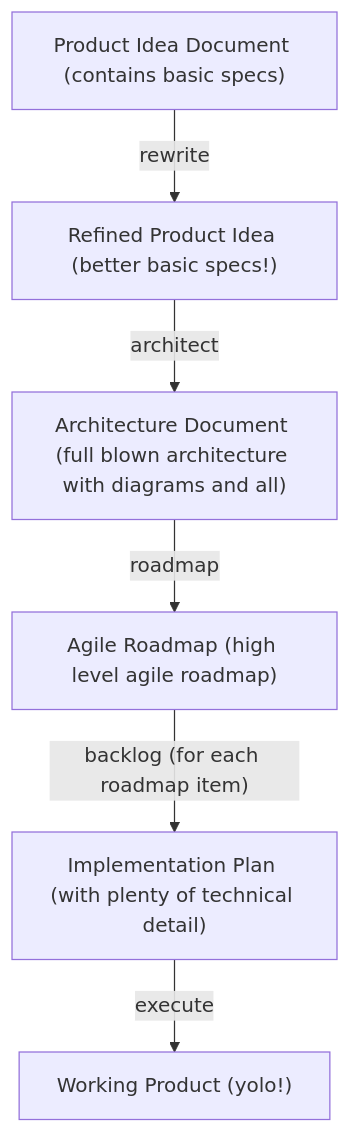
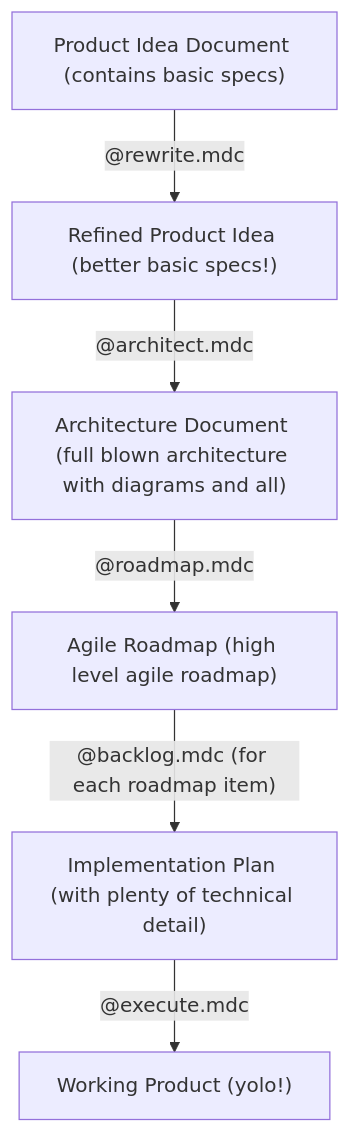
The diagram in README.md (gertalot/cursor-rules), drawn with Mermaid before and after one commit.

Commit message:
workflow diagram

````diff
--- a/README.md
+++ b/README.md
@@ -48,8 +48,8 @@
 ```mermaid
 flowchart TD
-    A["Product Idea Document (contains basic specs)"] -->|"rewrite"| B["Refined Product Idea (better basic specs!)"]
-    B -->|"architect"| C["Architecture Document (full blown architecture with diagrams and all)"]
-    C -->|"roadmap"| D["Agile Roadmap (high level agile roadmap)"]
-    D -->|"backlog (for each roadmap item)"| E["Implementation Plan (with plenty of technical detail)"]
-    E -->|"execute"| F["Working Product (yolo!)"]
+    A["Product Idea Document (contains basic specs)"] -->|"@rewrite.mdc"| B["Refined Product Idea (better basic specs!)"]
+    B -->|"@architect.mdc"| C["Architecture Document (full blown architecture with diagrams and all)"]
+    C -->|"@roadmap.mdc"| D["Agile Roadmap (high level agile roadmap)"]
+    D -->|"@backlog.mdc (for each roadmap item)"| E["Implementation Plan (with plenty of technical detail)"]
+    E -->|"@execute.mdc"| F["Working Product (yolo!)"]
 ```
````
